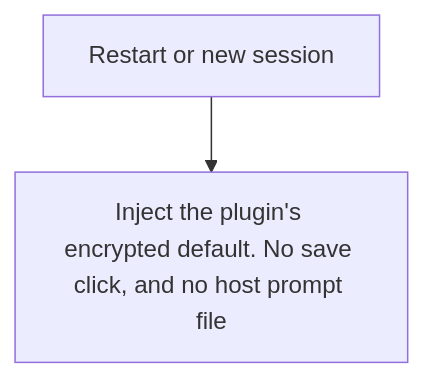
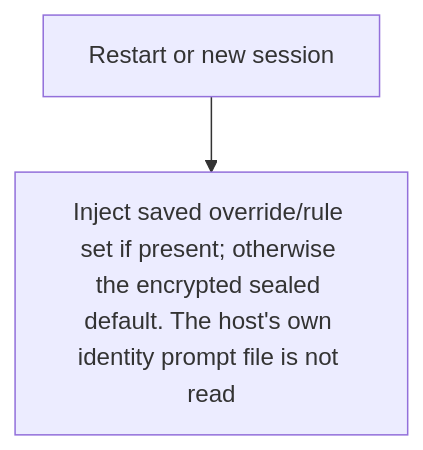
Before and after one commit to qiuqianyi66/dsh-purge: the second of 3 diagrams in README.md, drawn with Mermaid. The commit also changed other lines of this file and 2 other files, not shown here.

````diff
--- a/README.md
+++ b/README.md
@@ -511,4 +519,4 @@
 ```mermaid
 flowchart TD
-  A["Restart or new session"] --> B["Inject the plugin's encrypted default. No save click, and no host prompt file"]
+  A["Restart or new session"] --> B["Inject saved override/rule set if present; otherwise the encrypted sealed default. The host's own identity prompt file is not read"]
 ```
````
